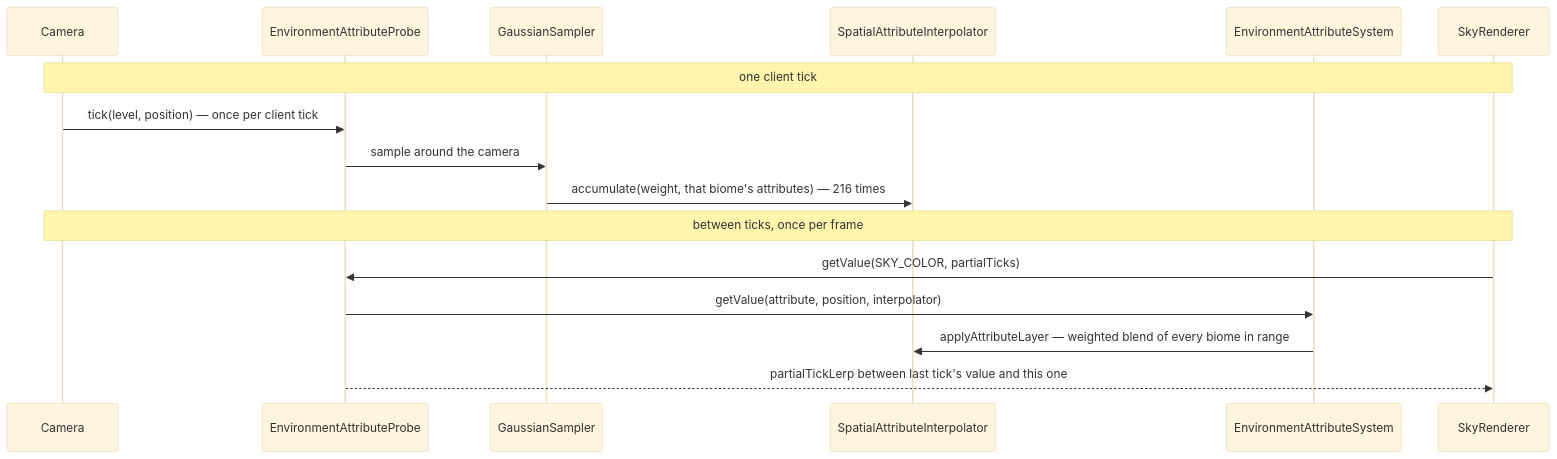
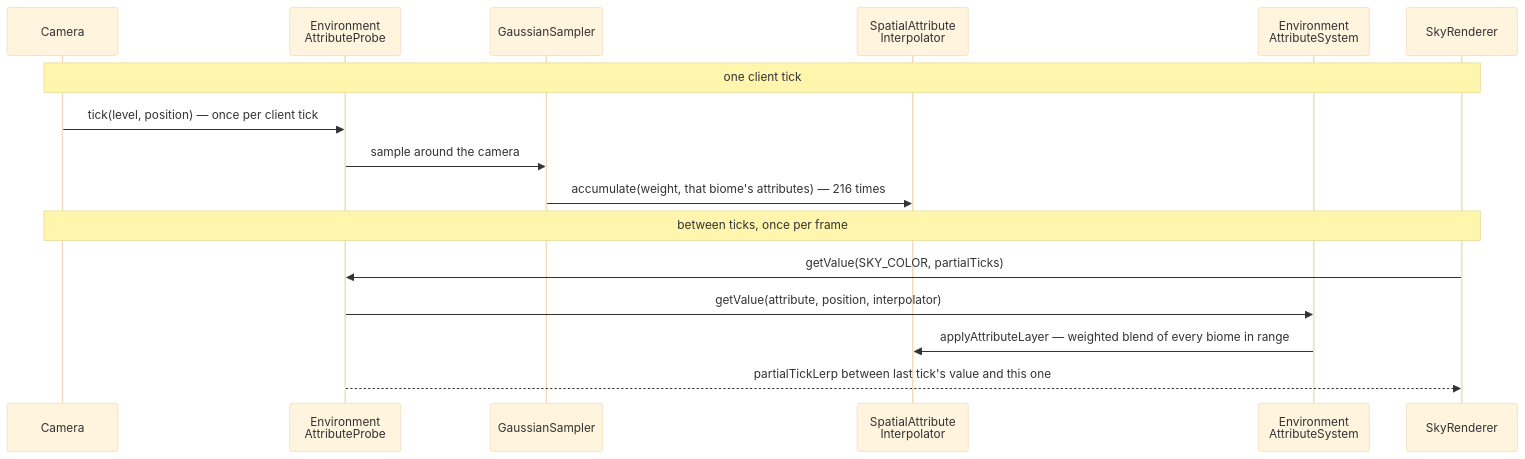
Before and after one commit to AlexanderjFraser/MinecraftDocs: the third of 3 diagrams in src/systems/world/environment-attributes-and-timelines.md, drawn with Mermaid (base theme). The commit also changed other lines of this file and 68 other files, not shown here.

````diff
--- a/src/systems/world/environment-attributes-and-timelines.md
+++ b/src/systems/world/environment-attributes-and-timelines.md
@@ -339,19 +339,19 @@
 ```mermaid
 sequenceDiagram
     participant Camera as Camera
-    participant EAP as EnvironmentAttributeProbe
+    participant EAP as Environment<br/>AttributeProbe
     participant GS as GaussianSampler
-    participant SAI as SpatialAttributeInterpolator
-    participant EAS as EnvironmentAttributeSystem
+    participant SAI as SpatialAttribute<br/>Interpolator
+    participant EAS as Environment<br/>AttributeSystem
     participant SR as SkyRenderer
 
     Note over Camera,SR: one client tick
     Camera->>EAP: tick(level, position) — once per client tick
     EAP->>GS: sample around the camera
     GS->>SAI: accumulate(weight, that biome's attributes) — 216 times
     Note over Camera,SR: between ticks, once per frame
     SR->>EAP: getValue(SKY_COLOR, partialTicks)
     EAP->>EAS: getValue(attribute, position, interpolator)
     EAS->>SAI: applyAttributeLayer — weighted blend of every biome in range
     EAP-->>SR: partialTickLerp between last tick's value and this one
 ```
````
